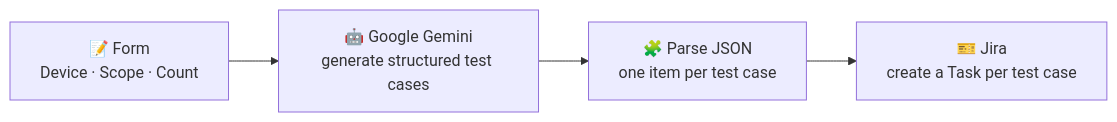
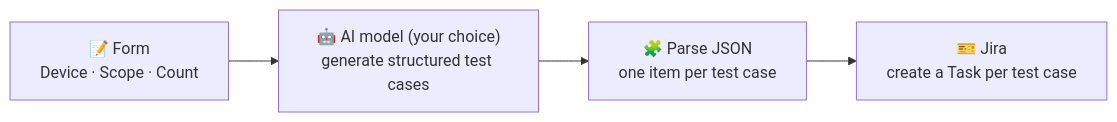
Before and after one commit to nileshvary/ai-test-case-generator: the diagram in README.md, drawn with Mermaid. The commit also changed other lines of this file, not shown here.

Commit message:
docs: make LLM provider-neutral (bring your own key) + add 'use it for your own projects'

````diff
--- a/README.md
+++ b/README.md
@@ -13,6 +13,6 @@
 ```mermaid
 flowchart LR
-    A["📝 Form<br/>Device · Scope · Count"] --> B["🤖 Google Gemini<br/>generate structured test cases"]
+    A["📝 Form<br/>Device · Scope · Count"] --> B["🤖 AI model (your choice)<br/>generate structured test cases"]
     B --> C["🧩 Parse JSON<br/>one item per test case"]
     C --> D["🎫 Jira<br/>create a Task per test case"]
 ```
````
